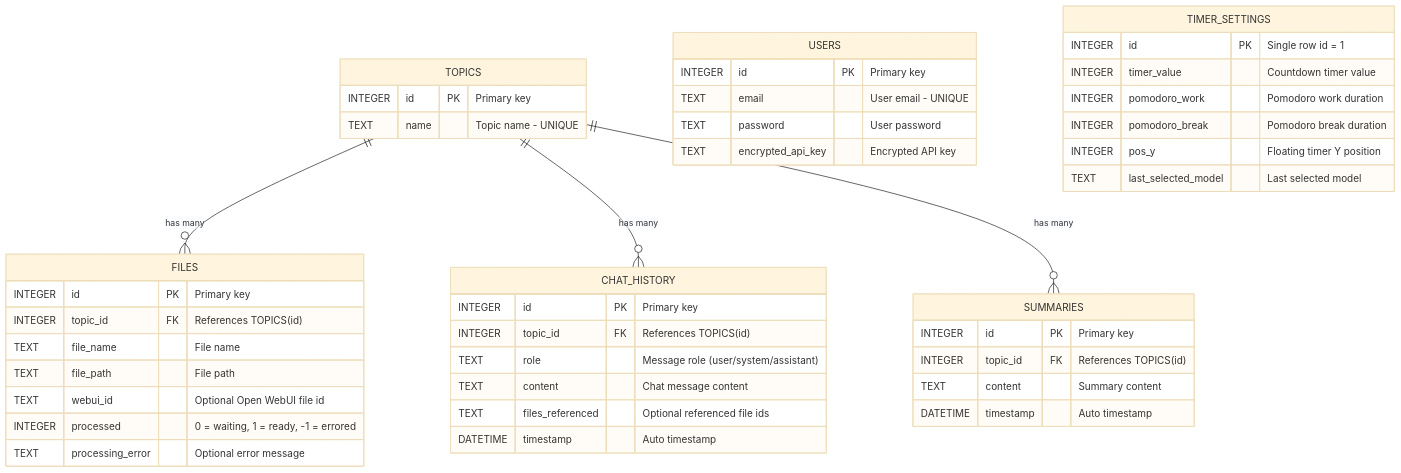
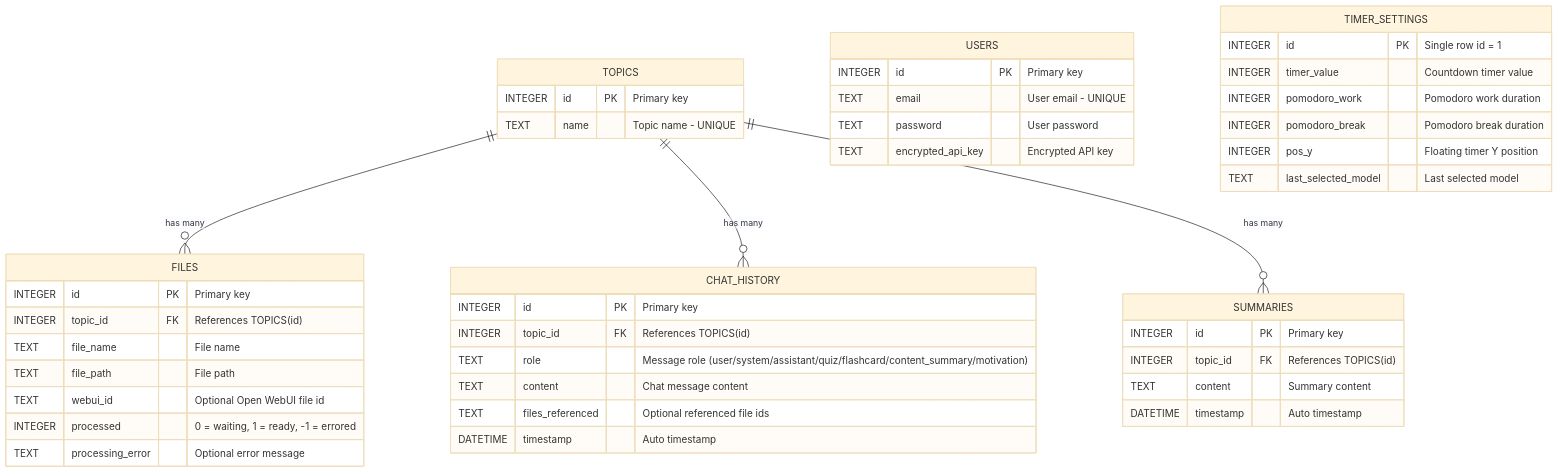
One commit to Chovin/AI-Study-Buddy changed the fourth of 4 diagrams in README.md. Above: the diagram before and after it, drawn with Mermaid (base theme).

Commit message:
add generated content to chat history role diagram

````diff
--- a/README.md
+++ b/README.md
@@ -449,53 +449,53 @@
 ```mermaid
 erDiagram
     TOPICS {
         INTEGER id PK "Primary key"
         TEXT name "Topic name - UNIQUE"
     }
 
     FILES {
         INTEGER id PK "Primary key"
         INTEGER topic_id FK "References TOPICS(id)"
         TEXT file_name "File name"
         TEXT file_path "File path"
         TEXT webui_id "Optional Open WebUI file id"
         INTEGER processed "0 = waiting, 1 = ready, -1 = errored"
         TEXT processing_error "Optional error message"
     }
 
     CHAT_HISTORY {
         INTEGER id PK "Primary key"
         INTEGER topic_id FK "References TOPICS(id)"
-        TEXT role "Message role (user/system/assistant)"
+        TEXT role "Message role (user/system/assistant/quiz/flashcard/content_summary/motivation)"
         TEXT content "Chat message content"
         TEXT files_referenced "Optional referenced file ids"
         DATETIME timestamp "Auto timestamp"
     }
 
     SUMMARIES {
         INTEGER id PK "Primary key"
         INTEGER topic_id FK "References TOPICS(id)"
         TEXT content "Summary content"
         DATETIME timestamp "Auto timestamp"
     }
 
     USERS {
         INTEGER id PK "Primary key"
         TEXT email "User email - UNIQUE"
         TEXT password "User password"
         TEXT encrypted_api_key "Encrypted API key"
     }
 
     TIMER_SETTINGS {
         INTEGER id PK "Single row id = 1"
         INTEGER timer_value "Countdown timer value"
         INTEGER pomodoro_work "Pomodoro work duration"
         INTEGER pomodoro_break "Pomodoro break duration"
         INTEGER pos_y "Floating timer Y position"
         TEXT last_selected_model "Last selected model"
     }
 
     TOPICS ||--o{ FILES : "has many"
     TOPICS ||--o{ CHAT_HISTORY : "has many"
     TOPICS ||--o{ SUMMARIES : "has many"
 ```
````
